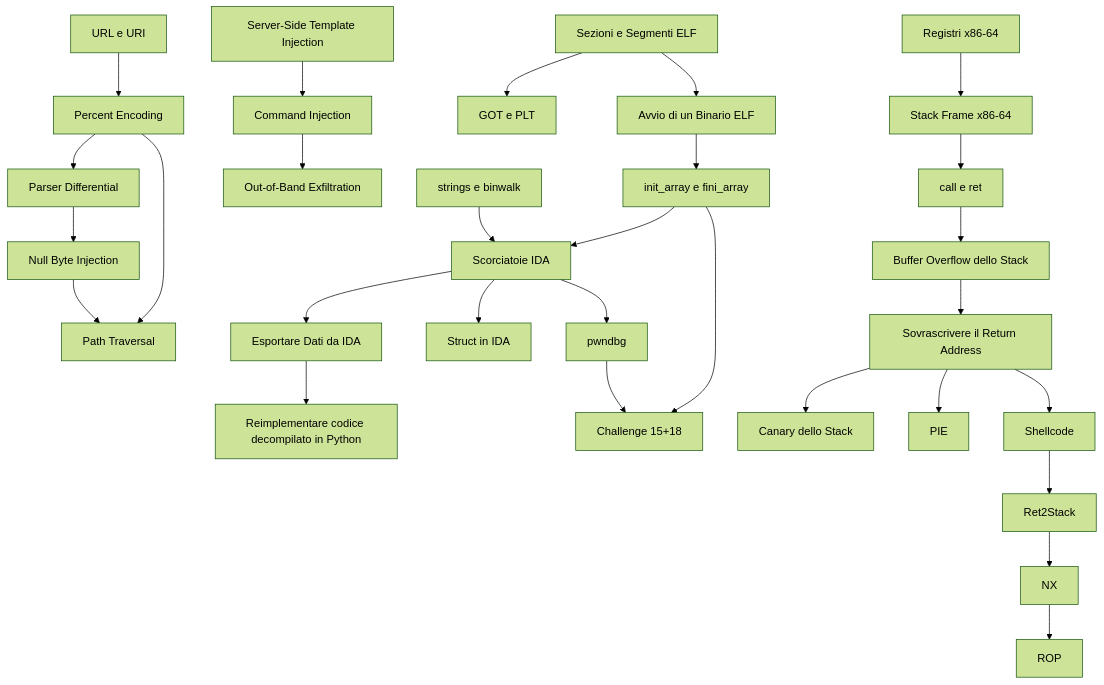
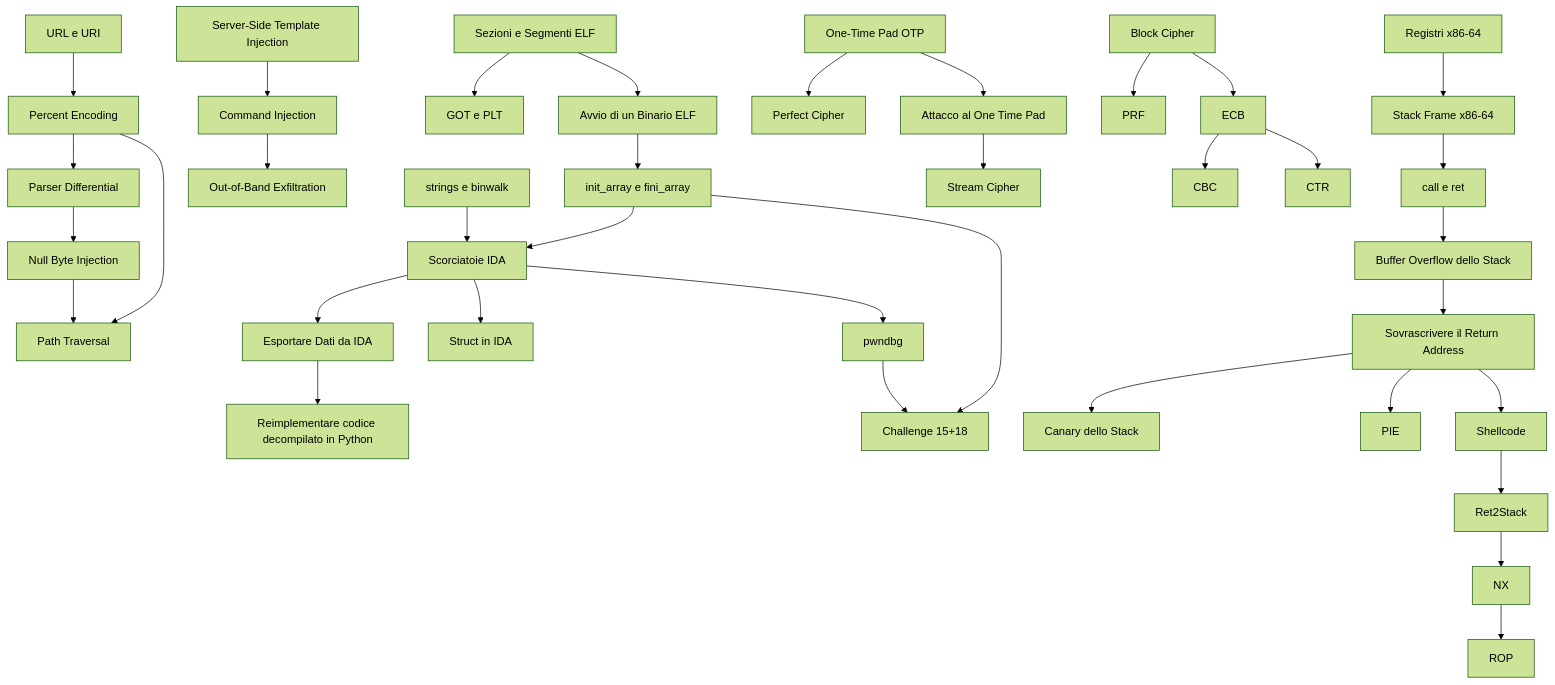
One commit to Armidon1/Obsidian-University changed the diagram in University/Extra/CyberBootCamp/Concetti/MOC - CyberBootCamp.md. Above: the diagram before and after it, drawn with Mermaid (forest theme). The commit also changed other lines of this file and 19 other files, not shown here.

````diff
--- a/University/Extra/CyberBootCamp/Concetti/MOC - CyberBootCamp.md
+++ b/University/Extra/CyberBootCamp/Concetti/MOC - CyberBootCamp.md
@@ -62,31 +69,38 @@
 ```mermaid
 flowchart TD
     URL[URL e URI] --> PE[Percent Encoding]
     PE --> PD[Parser Differential]
     PD --> NB[Null Byte Injection]
     PE --> PT[Path Traversal]
     NB --> PT
     SSTI[Server-Side Template Injection] --> CI[Command Injection]
     CI --> OOB[Out-of-Band Exfiltration]
     ELF[Sezioni e Segmenti ELF] --> GOT[GOT e PLT]
     ELF --> AV[Avvio di un Binario ELF]
     AV --> INIT[init_array e fini_array]
     SB[strings e binwalk] --> IDA[Scorciatoie IDA]
     IDA --> EX[Esportare Dati da IDA]
     IDA --> ST[Struct in IDA]
     INIT --> IDA
     IDA --> PWN[pwndbg]
     EX --> PY[Reimplementare codice decompilato in Python]
     INIT --> CH[Challenge 15+18]
     PWN --> CH
     ASM[Registri x86-64] --> STK[Stack Frame x86-64]
     STK --> CR[call e ret]
     CR --> BOF[Buffer Overflow dello Stack]
     BOF --> RET[Sovrascrivere il Return Address]
     RET --> CAN[Canary dello Stack]
     RET --> PIEn[PIE]
     RET --> SC[Shellcode]
     SC --> R2S[Ret2Stack]
     R2S --> NX[NX]
     NX --> ROPn[ROP]
+    OTP[One-Time Pad OTP] --> PERF[Perfect Cipher]
+    OTP --> ATK[Attacco al One Time Pad]
+    ATK --> STR[Stream Cipher]
+    BLK[Block Cipher] --> PRP[PRF]
+    BLK --> ECBn[ECB]
+    ECBn --> CBCn[CBC]
+    ECBn --> CTRn[CTR]
 ```
````
